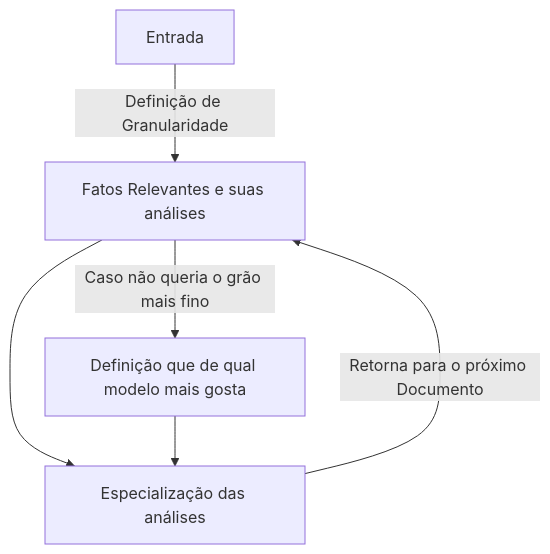
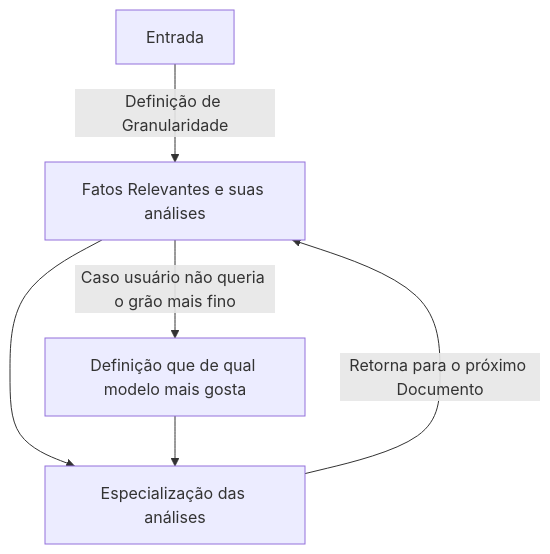
Before and after one commit to N3pomuceno/streamlit_testing: the diagram in README.md, drawn with Mermaid. The commit also changed other lines of this file and 7 other files, not shown here.

````diff
--- a/README.md
+++ b/README.md
@@ -25,8 +65,8 @@
 ```mermaid
 flowchart TD
 A[Entrada]-->|Definição de Granularidade|E[Fatos Relevantes e suas análises]
 E-->B[Especialização das análises]
-E-->|Caso não queria o grão mais fino|C[Definição que de qual modelo mais gosta]
+E-->|Caso usuário não queria o grão mais fino|C[Definição que de qual modelo mais gosta]
 C-->B
 B-->|Retorna para o próximo Documento|E
 ```
````
